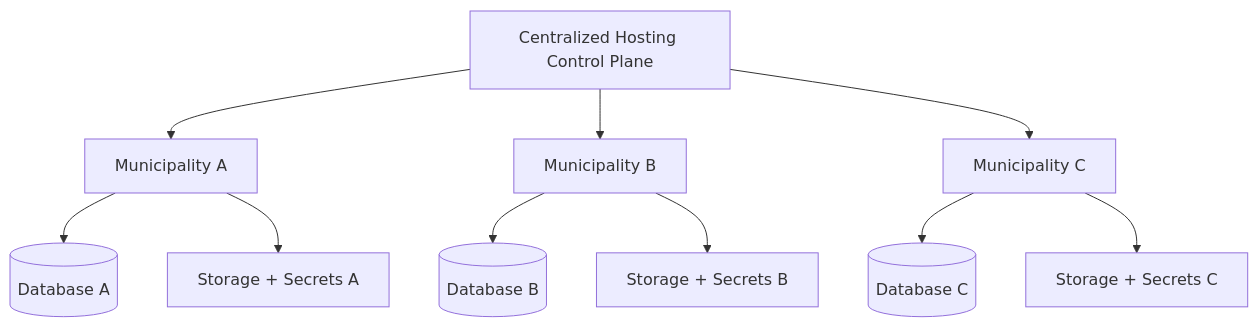
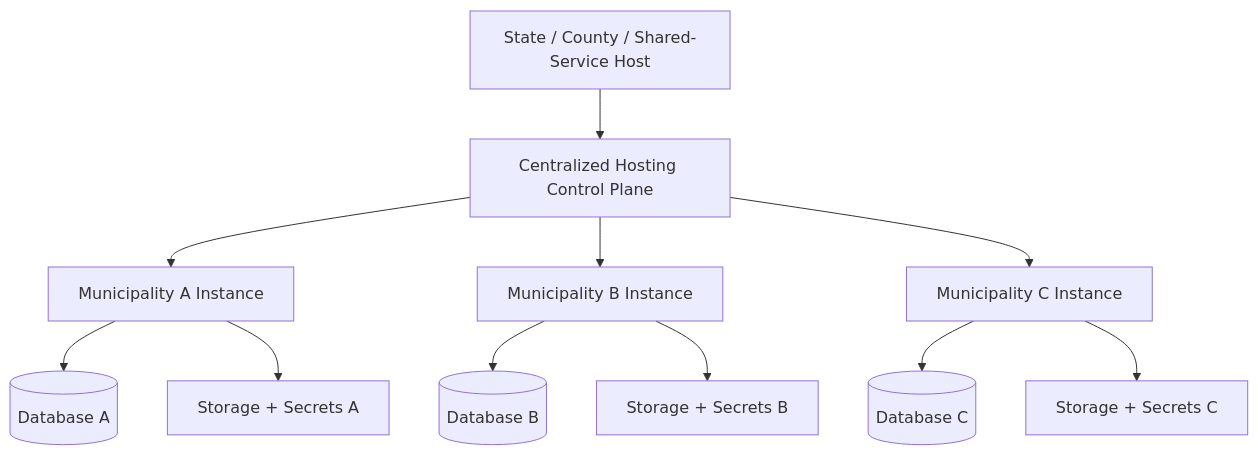
One commit to Pinpoint-311/Pinpoint-311 changed the second of 4 diagrams in README.md. Above: the diagram before and after it, drawn with Mermaid. The commit also changed other lines of this file, not shown here.

````diff
--- a/README.md
+++ b/README.md
@@ -665,16 +784,19 @@
 ```mermaid
 graph TB
+    Host[State / County / Shared-Service Host]
     Control[Centralized Hosting Control Plane]
 
-    Control --> TownA[Municipality A]
-    Control --> TownB[Municipality B]
-    Control --> TownC[Municipality C]
+    Host --> Control
+
+    Control --> TownA[Municipality A Instance]
+    Control --> TownB[Municipality B Instance]
+    Control --> TownC[Municipality C Instance]
 
     TownA --> DBA[(Database A)]
     TownB --> DBB[(Database B)]
     TownC --> DBC[(Database C)]
 
     TownA --> SA[Storage + Secrets A]
     TownB --> SB[Storage + Secrets B]
     TownC --> SC[Storage + Secrets C]
 ```
````
